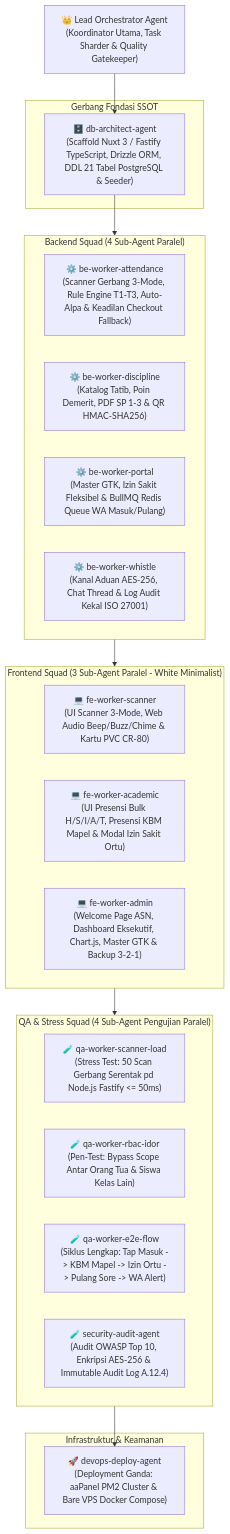
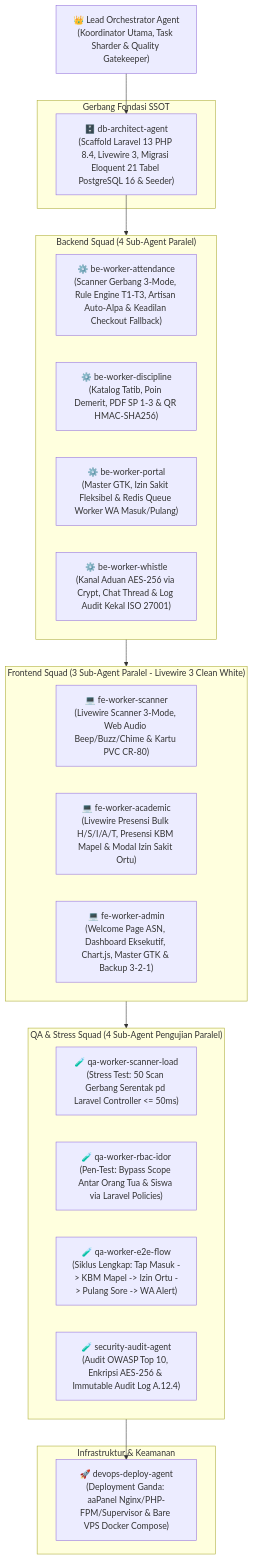
The diagram in plan/docs/07_ORCHESTRASI.md (benny-abdullah/school_app), drawn with Mermaid before and after one commit. The commit also changed other lines of this file and 16 other files, not shown here.

First line of the commit message:
feat: modernize UI to Enterprise Clean White HRD theme and update plan to Laravel 13

````diff
--- a/plan/docs/07_ORCHESTRASI.md
+++ b/plan/docs/07_ORCHESTRASI.md
@@ -14,38 +14,38 @@
 ```mermaid
 graph TD
     LEAD["👑 Lead Orchestrator Agent\n(Koordinator Utama, Task Sharder & Quality Gatekeeper)"]
 
     subgraph Core_Shared ["Gerbang Fondasi SSOT"]
-        DBA["🗄️ db-architect-agent\n(Scaffold Nuxt 3 / Fastify TypeScript, Drizzle ORM, DDL 21 Tabel PostgreSQL & Seeder)"]
+        DBA["🗄️ db-architect-agent\n(Scaffold Laravel 13 PHP 8.4, Livewire 3, Migrasi Eloquent 21 Tabel PostgreSQL 16 & Seeder)"]
     end
 
     subgraph Backend_Pool ["Backend Squad (4 Sub-Agent Paralel)"]
-        BE1["⚙️ be-worker-attendance\n(Scanner Gerbang 3-Mode, Rule Engine T1-T3, Auto-Alpa & Keadilan Checkout Fallback)"]
+        BE1["⚙️ be-worker-attendance\n(Scanner Gerbang 3-Mode, Rule Engine T1-T3, Artisan Auto-Alpa & Keadilan Checkout Fallback)"]
         BE2["⚙️ be-worker-discipline\n(Katalog Tatib, Poin Demerit, PDF SP 1-3 & QR HMAC-SHA256)"]
-        BE3["⚙️ be-worker-portal\n(Master GTK, Izin Sakit Fleksibel & BullMQ Redis Queue WA Masuk/Pulang)"]
-        BE4["⚙️ be-worker-whistle\n(Kanal Aduan AES-256, Chat Thread & Log Audit Kekal ISO 27001)"]
+        BE3["⚙️ be-worker-portal\n(Master GTK, Izin Sakit Fleksibel & Redis Queue Worker WA Masuk/Pulang)"]
+        BE4["⚙️ be-worker-whistle\n(Kanal Aduan AES-256 via Crypt, Chat Thread & Log Audit Kekal ISO 27001)"]
     end
 
-    subgraph Frontend_Pool ["Frontend Squad (3 Sub-Agent Paralel - White Minimalist)"]
-        FE1["💻 fe-worker-scanner\n(UI Scanner 3-Mode, Web Audio Beep/Buzz/Chime & Kartu PVC CR-80)"]
-        FE2["💻 fe-worker-academic\n(UI Presensi Bulk H/S/I/A/T, Presensi KBM Mapel & Modal Izin Sakit Ortu)"]
+    subgraph Frontend_Pool ["Frontend Squad (3 Sub-Agent Paralel - Livewire 3 Clean White)"]
+        FE1["💻 fe-worker-scanner\n(Livewire Scanner 3-Mode, Web Audio Beep/Buzz/Chime & Kartu PVC CR-80)"]
+        FE2["💻 fe-worker-academic\n(Livewire Presensi Bulk H/S/I/A/T, Presensi KBM Mapel & Modal Izin Sakit Ortu)"]
         FE3["💻 fe-worker-admin\n(Welcome Page ASN, Dashboard Eksekutif, Chart.js, Master GTK & Backup 3-2-1)"]
     end
 
     subgraph QA_Pool ["QA & Stress Squad (4 Sub-Agent Pengujian Paralel)"]
-        QA1["🧪 qa-worker-scanner-load\n(Stress Test: 50 Scan Gerbang Serentak pd Node.js Fastify <= 50ms)"]
-        QA2["🧪 qa-worker-rbac-idor\n(Pen-Test: Bypass Scope Antar Orang Tua & Siswa Kelas Lain)"]
+        QA1["🧪 qa-worker-scanner-load\n(Stress Test: 50 Scan Gerbang Serentak pd Laravel Controller <= 50ms)"]
+        QA2["🧪 qa-worker-rbac-idor\n(Pen-Test: Bypass Scope Antar Orang Tua & Siswa via Laravel Policies)"]
         QA3["🧪 qa-worker-e2e-flow\n(Siklus Lengkap: Tap Masuk -> KBM Mapel -> Izin Ortu -> Pulang Sore -> WA Alert)"]
         QA4["🧪 security-audit-agent\n(Audit OWASP Top 10, Enkripsi AES-256 & Immutable Audit Log A.12.4)"]
     end
 
     subgraph Infra_Squad ["Infrastruktur & Keamanan"]
-        OPS["🚀 devops-deploy-agent\n(Deployment Ganda: aaPanel PM2 Cluster & Bare VPS Docker Compose)"]
+        OPS["🚀 devops-deploy-agent\n(Deployment Ganda: aaPanel Nginx/PHP-FPM/Supervisor & Bare VPS Docker Compose)"]
     end
 
     LEAD --> DBA
     DBA --> Backend_Pool
     Backend_Pool --> Frontend_Pool
     Frontend_Pool --> QA_Pool
     QA_Pool --> OPS
 ```
````
